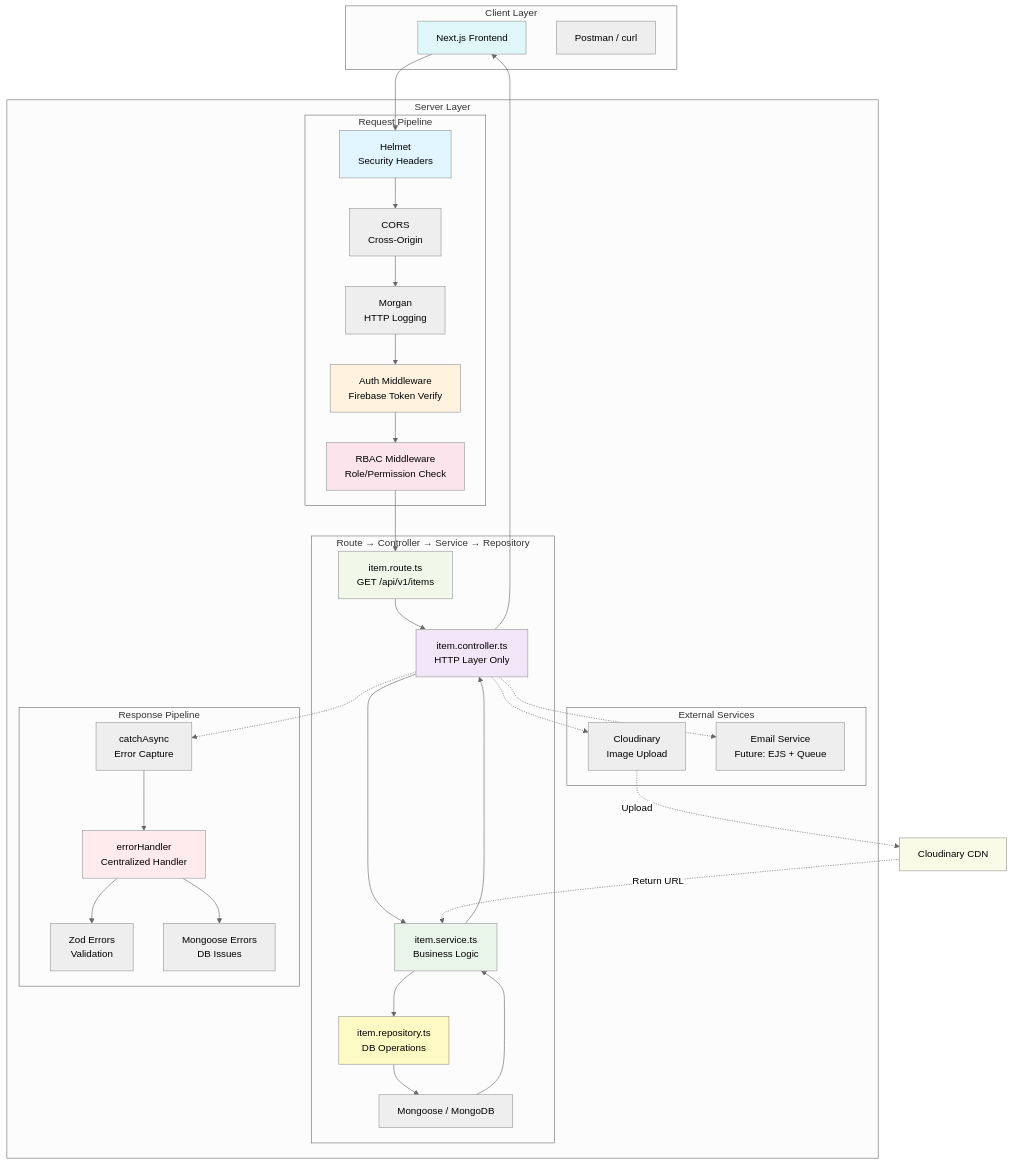
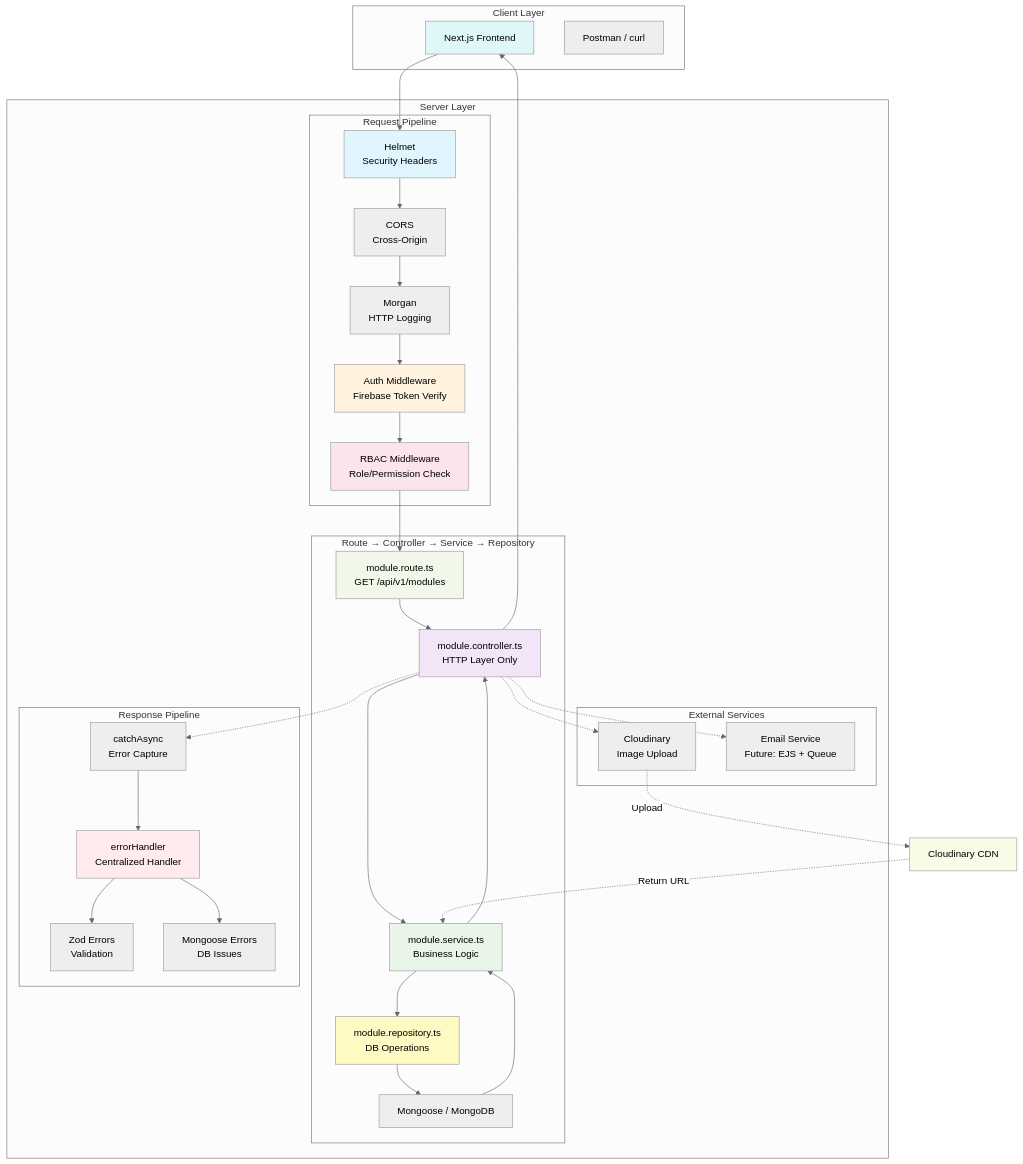
The first of 16 diagrams in README.md (Sarwarhridoy4/StudyVault), drawn with Mermaid (neutral theme) before and after one commit. The commit also changed other lines of this file and 36 other files, not shown here.

First line of the commit message:
Refactor: study→course, item→module with linking capability

````diff
--- a/README.md
+++ b/README.md
@@ -269,72 +288,72 @@
 ```mermaid
 graph TB
     subgraph "Client Layer"
         C1[Next.js Frontend]
         C2[Postman / curl]
     end
 
     subgraph "Server Layer"
         subgraph "Request Pipeline"
             R1[Helmet<br/>Security Headers]
             R2[CORS<br/>Cross-Origin]
             R3[Morgan<br/>HTTP Logging]
             R4[Auth Middleware<br/>Firebase Token Verify]
             R5[RBAC Middleware<br/>Role/Permission Check]
         end
 
-        subgraph "Route → Controller → Service → Repository"
-            H1[item.route.ts<br/>GET /api/v1/items]
-            H2[item.controller.ts<br/>HTTP Layer Only]
-            H3[item.service.ts<br/>Business Logic]
-            H4[item.repository.ts<br/>DB Operations]
-            H5[Mongoose / MongoDB]
-        end
+         subgraph "Route → Controller → Service → Repository"
+             H1[module.route.ts<br/>GET /api/v1/modules]
+             H2[module.controller.ts<br/>HTTP Layer Only]
+             H3[module.service.ts<br/>Business Logic]
+             H4[module.repository.ts<br/>DB Operations]
+             H5[Mongoose / MongoDB]
+         end
 
         subgraph "Response Pipeline"
             E1[catchAsync<br/>Error Capture]
             E2[errorHandler<br/>Centralized Handler]
             E3[Zod Errors<br/>Validation]
             E4[Mongoose Errors<br/>DB Issues]
         end
 
         subgraph "External Services"
             S1[Cloudinary<br/>Image Upload]
             S2[Email Service<br/>Future: EJS + Queue]
         end
     end
 
     C1 --> R1
     R1 --> R2
     R2 --> R3
     R3 --> R4
     R4 --> R5
     R5 --> H1
     H1 --> H2
     H2 --> H3
     H3 --> H4
     H4 --> H5
     H2 -.-> E1
     E1 --> E2
     E2 --> E3
     E2 --> E4
     H2 -.-> S1
     H2 -.-> S2
 
     H5 --> H3
     H3 --> H2
     H2 --> C1
 
     S1 -.->|Upload| Cloudinary[Cloudinary CDN]
     Cloudinary -.->|Return URL| H3
 
     style R1 fill:#e1f5fe
     style R4 fill:#fff3e0
     style R5 fill:#fce4ec
     style H1 fill:#f1f8e9
     style H2 fill:#f3e5f8
     style H3 fill:#e8f5e8
     style H4 fill:#fff9c4
     style E2 fill:#ffebee
     style C1 fill:#e0f7fa
     style Cloudinary fill:#f9fbe7
 ```
````
